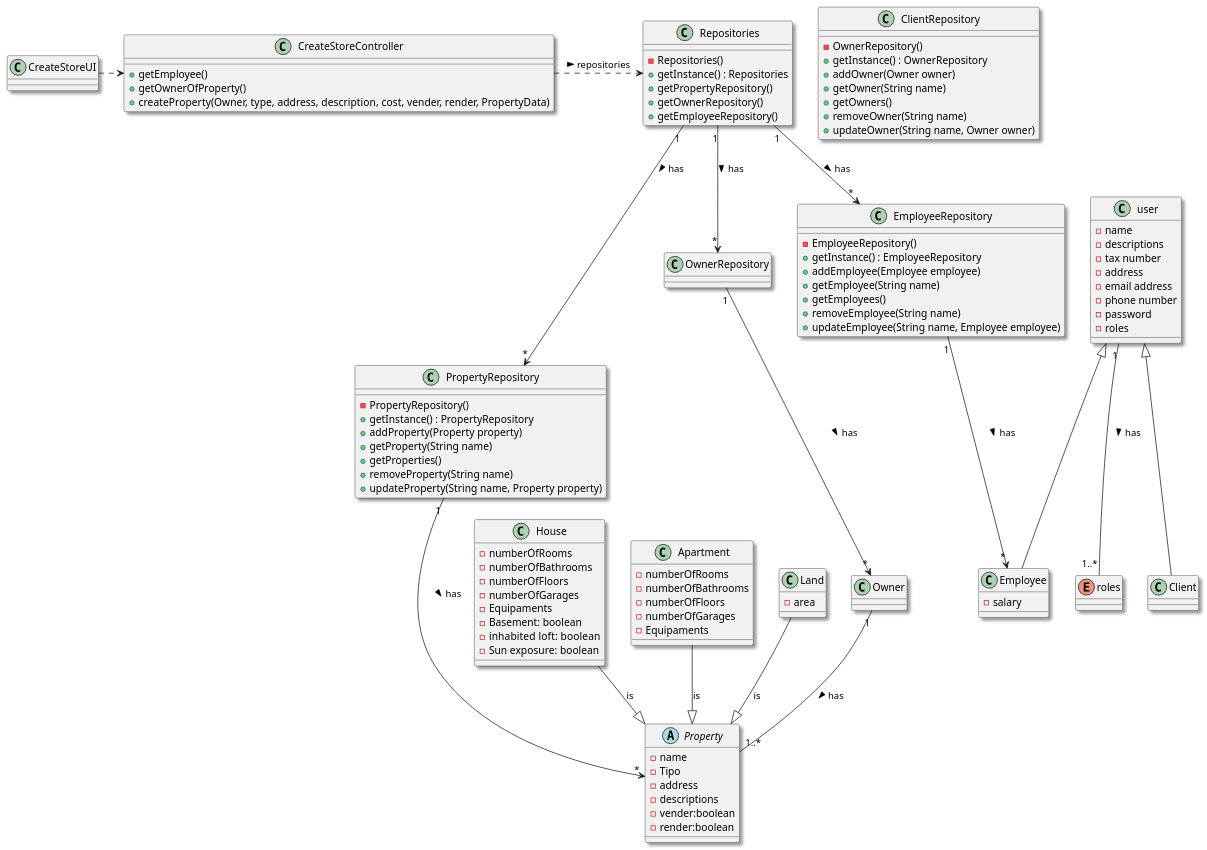
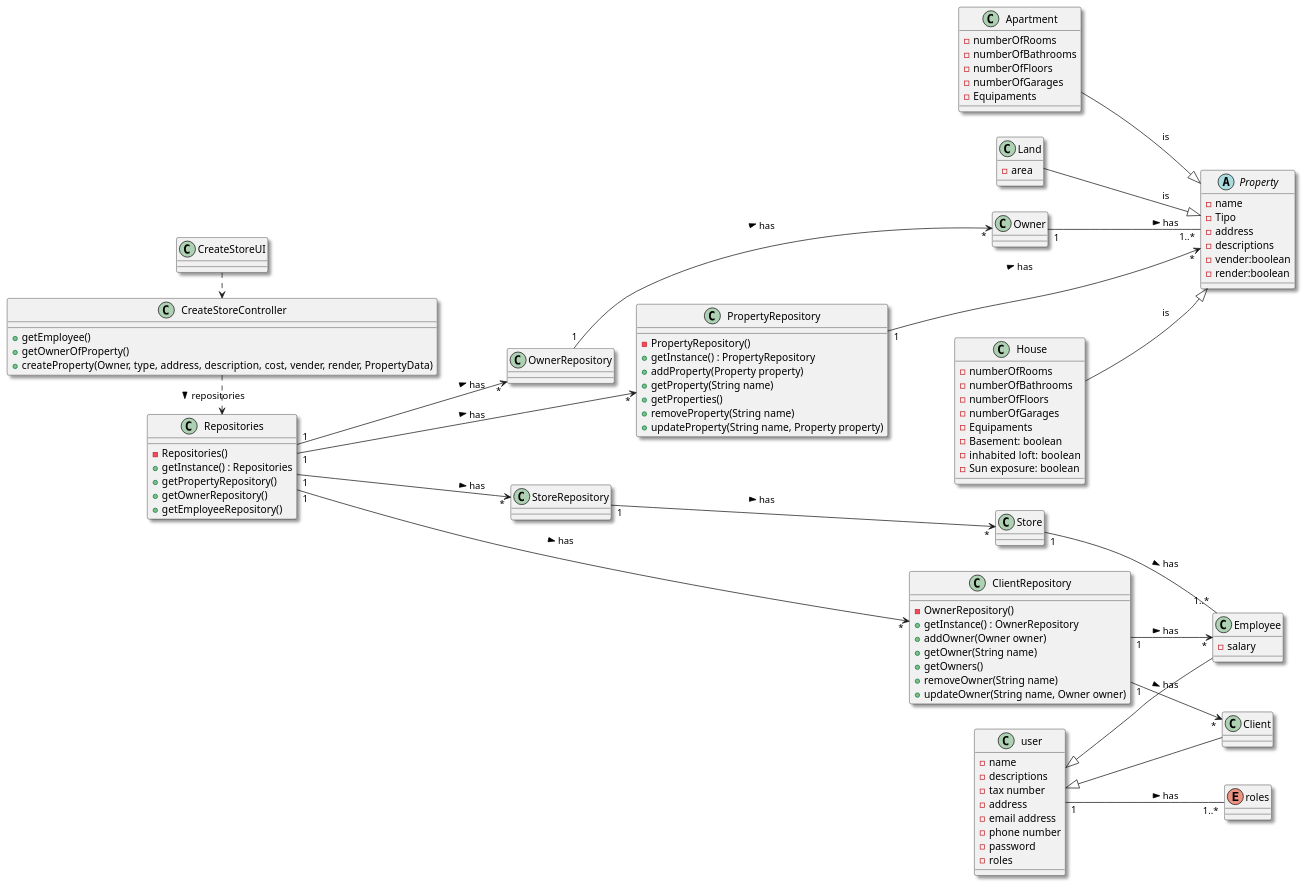
One commit to hugosilva2901/lei-22-s2-1DO-g68 changed the diagram in lei-22-s2-1do-g68/docs/SprintB/us004/03.design/puml/us004-class-diagram.puml. Above: the diagram before and after it, drawn with PlantUML. The commit also changed 2 other files, not shown here.

```diff
--- a/lei-22-s2-1do-g68/docs/SprintB/us004/03.design/puml/us004-class-diagram.puml
+++ b/lei-22-s2-1do-g68/docs/SprintB/us004/03.design/puml/us004-class-diagram.puml
@@ -1,138 +1,125 @@
 @startuml
 'https://plantuml.com/class-diagram
 skinparam monochrome false
 skinparam packageStyle rectangle
 skinparam shadowing true
 top to bottom direction
+left to right direction
 
 class CreateStoreUI{
 }
 
 class CreateStoreController{
    + getEmployee()
    + getOwnerOfProperty()
    + createProperty(Owner, type, address, description, cost, vender, render, PropertyData)
 }
 
 class user{
     - name
     - descriptions
     - tax number
     - address
     - email address
     - phone number
     - password
     - roles
 
 }
 
 enum roles{
 
 }
 
 class Client extends user{
 }
 
 class Employee extends user{
     -salary
 }
 
 abstract class Property {
     - name
     - Tipo
     - address
     - descriptions
     - vender:boolean
     - render:boolean
 }
 
 class Repositories {
     - Repositories()
     + getInstance() : Repositories
     + getPropertyRepository()
     + getOwnerRepository()
     + getEmployeeRepository()
 
 }
 
 class PropertyRepository {
     - PropertyRepository()
     + getInstance() : PropertyRepository
     + addProperty(Property property)
     + getProperty(String name)
     + getProperties()
     + removeProperty(String name)
     + updateProperty(String name, Property property)
 }
 
 class ClientRepository {
     - OwnerRepository()
     + getInstance() : OwnerRepository
     + addOwner(Owner owner)
     + getOwner(String name)
     + getOwners()
     + removeOwner(String name)
     + updateOwner(String name, Owner owner)
 }
 
-class EmployeeRepository {
-    - EmployeeRepository()
-    + getInstance() : EmployeeRepository
-    + addEmployee(Employee employee)
-    + getEmployee(String name)
-    + getEmployees()
-    + removeEmployee(String name)
-    + updateEmployee(String name, Employee employee)
+class StoreRepository{
+
 }
 
 class House{
     - numberOfRooms
     - numberOfBathrooms
     - numberOfFloors
     - numberOfGarages
     - Equipaments
     - Basement: boolean
     - inhabited  loft: boolean
     - Sun exposure: boolean
 }
 class Apartment{
     - numberOfRooms
     - numberOfBathrooms
     - numberOfFloors
     - numberOfGarages
     - Equipaments
 
 }
 class Land{
     - area
 }
 
 
 CreateStoreUI .> CreateStoreController
 CreateStoreController .> Repositories : repositories >
 Repositories "1" --> "*" PropertyRepository : has >
 Repositories "1" --> "*" OwnerRepository : has >
-Repositories "1" --> "*" EmployeeRepository : has >
+Repositories "1" --> "*" ClientRepository : has >
+Repositories "1" --> "*" StoreRepository : has >
 PropertyRepository "1" --> "*" Property : has >
 OwnerRepository "1" --> "*" Owner : has >
-EmployeeRepository "1" --> "*" Employee : has >
+ClientRepository "1" --> "*" Employee : has >
+ClientRepository "1" --> "*" Client : has >
+StoreRepository "1" --> "*" Store : has >
+Store "1"--"1..*" Employee : has >
 user "1"--"1..*" roles : has >
 Owner "1"--"1..*" Property : has >
 House  --|>  Property  : is
 Apartment  --|>  Property : is
 Land  --|>  Property : is
 
 
-
-
-
-
-
-
-
-
-
-
-
-
 @enduml
```
